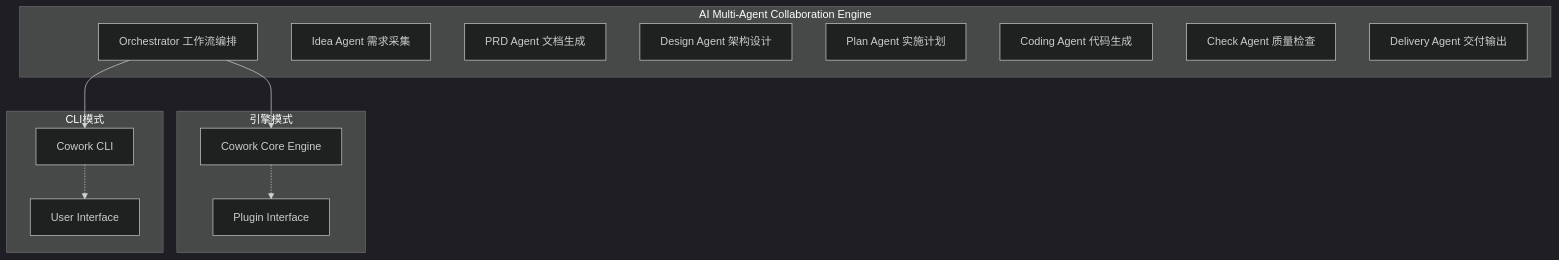
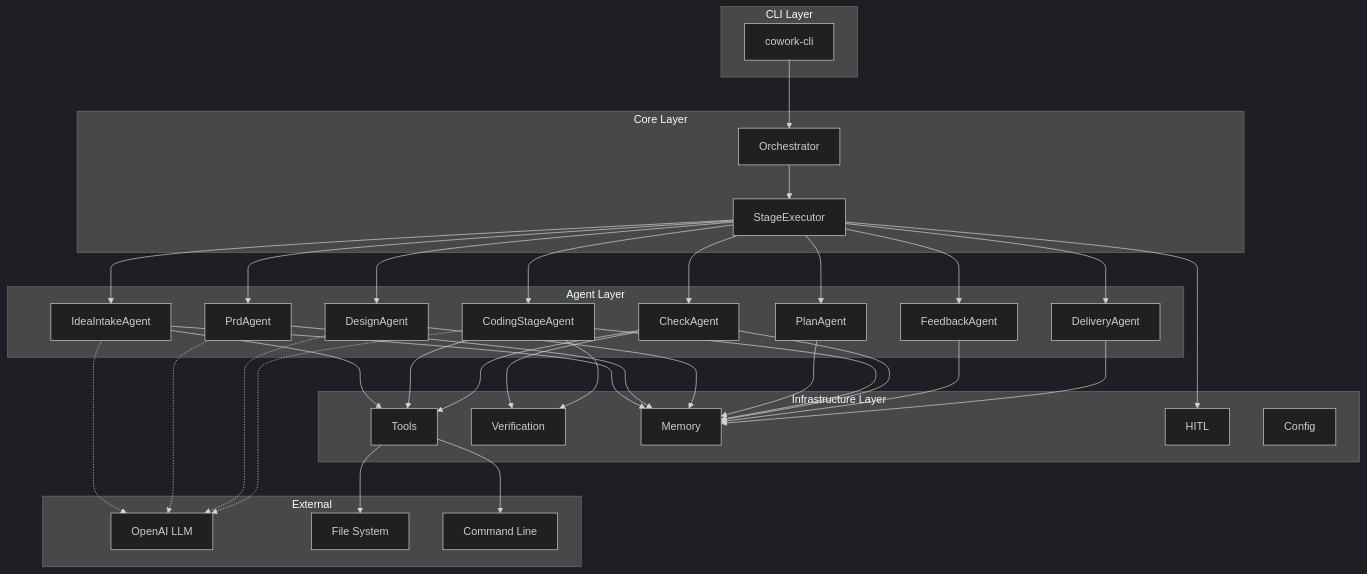
The third of 3 diagrams in README.md (sopaco/cowork-forge), drawn with Mermaid (dark theme) before and after one commit. The commit also changed other lines of this file and 5 other files, not shown here.

````diff
--- a/README.md
+++ b/README.md
@@ -28,28 +427,73 @@
 ```mermaid
 graph TB
-    subgraph "AI Multi-Agent Collaboration Engine"
-        A[Orchestrator 工作流编排]
-        B[Idea Agent 需求采集]
-        C[PRD Agent 文档生成]
-        D[Design Agent 架构设计]
-        E[Plan Agent 实施计划]
-        F[Coding Agent 代码生成]
-        G[Check Agent 质量检查]
-        H[Delivery Agent 交付输出]
+    subgraph "CLI Layer"
+        CLI[cowork-cli]
     end
     
-    subgraph "引擎模式"
-        I[Cowork Core Engine]
-        J[Plugin Interface]
+    subgraph "Core Layer"
+        Orch[Orchestrator]
+        Exec[StageExecutor]
     end
     
-    subgraph "CLI模式"
-        K[Cowork CLI]
-        L[User Interface]
+    subgraph "Agent Layer"
+        IDEA[IdeaIntakeAgent]
+        PRD[PrdAgent]
+        DESIGN[DesignAgent]
+        PLAN[PlanAgent]
+        CODING[CodingStageAgent]
+        CHECK[CheckAgent]
+        FEEDBACK[FeedbackAgent]
+        DELIVERY[DeliveryAgent]
     end
     
-    A --> I
-    A --> K
-    I -.-> J
-    K -.-> L
+    subgraph "Infrastructure Layer"
+        TOOLS[Tools]
+        VERIFY[Verification]
+        MEMORY[Memory]
+        HITL[HITL]
+        CONFIG[Config]
+    end
+    
+    subgraph "External"
+        LLM[OpenAI LLM]
+        FS[File System]
+        CMD[Command Line]
+    end
+    
+    CLI --> Orch
+    Orch --> Exec
+    Exec --> IDEA
+    Exec --> PRD
+    Exec --> DESIGN
+    Exec --> PLAN
+    Exec --> CODING
+    Exec --> CHECK
+    Exec --> FEEDBACK
+    Exec --> DELIVERY
+    
+    IDEA --> TOOLS
+    CODING --> TOOLS
+    CHECK --> TOOLS
+    
+    CHECK --> VERIFY
+    CODING --> VERIFY
+    
+    IDEA --> MEMORY
+    PRD --> MEMORY
+    DESIGN --> MEMORY
+    PLAN --> MEMORY
+    CODING --> MEMORY
+    CHECK --> MEMORY
+    FEEDBACK --> MEMORY
+    DELIVERY --> MEMORY
+    
+    Exec --> HITL
+    
+    TOOLS --> FS
+    TOOLS --> CMD
+    
+    IDEA -.-> LLM
+    PRD -.-> LLM
+    DESIGN -.-> LLM
+    CODING -.-> LLM
 ```
````
